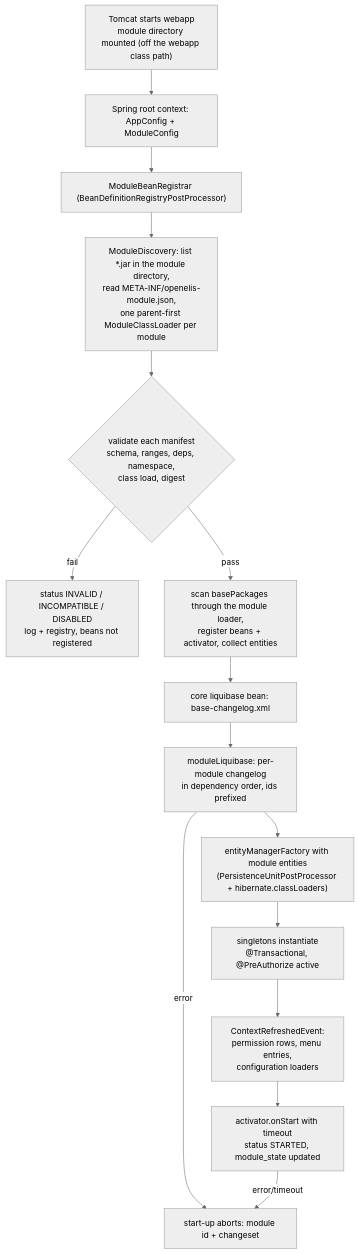
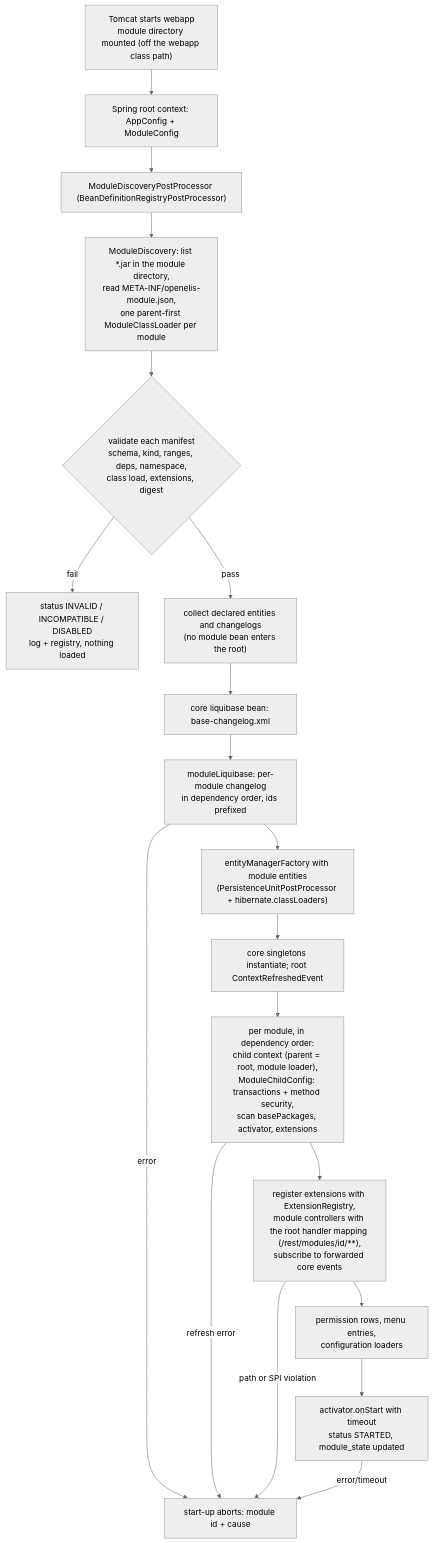
Before and after one commit to Agaba-derrick/OpenELIS-Global-2: the fourth of 8 diagrams in specs/plans/module-system-architecture.md, drawn with Mermaid (neutral theme). The commit also changed other lines of this file, not shown here.

First line of the commit message:
docs(architecture): reconcile the module system design with the modularization comparison (OGC-1577) (#4876)

````diff
--- a/specs/plans/module-system-architecture.md
+++ b/specs/plans/module-system-architecture.md
@@ -765,17 +978,21 @@
 ```mermaid
 flowchart TD
   A["Tomcat starts webapp<br/>module directory mounted (off the webapp class path)"] --> B["Spring root context: AppConfig + ModuleConfig"]
-  B --> C["ModuleBeanRegistrar (BeanDefinitionRegistryPostProcessor)"]
+  B --> C["ModuleDiscoveryPostProcessor (BeanDefinitionRegistryPostProcessor)"]
   C --> D["ModuleDiscovery: list *.jar in the module directory,<br/>read META-INF/openelis-module.json,<br/>one parent-first ModuleClassLoader per module"]
-  D --> E{"validate each manifest<br/>schema, ranges, deps, namespace,<br/>class load, digest"}
-  E -- fail --> F["status INVALID / INCOMPATIBLE / DISABLED<br/>log + registry, beans not registered"]
-  E -- pass --> G["scan basePackages through the module loader,<br/>register beans + activator, collect entities"]
+  D --> E{"validate each manifest<br/>schema, kind, ranges, deps, namespace,<br/>class load, extensions, digest"}
+  E -- fail --> F["status INVALID / INCOMPATIBLE / DISABLED<br/>log + registry, nothing loaded"]
+  E -- pass --> G["collect declared entities and changelogs<br/>(no module bean enters the root)"]
   G --> H["core liquibase bean: base-changelog.xml"]
   H --> I["moduleLiquibase: per-module changelog<br/>in dependency order, ids prefixed"]
-  I -- error --> X["start-up aborts: module id + changeset"]
+  I -- error --> X["start-up aborts: module id + cause"]
   I --> J["entityManagerFactory with module entities<br/>(PersistenceUnitPostProcessor + hibernate.classLoaders)"]
-  J --> K["singletons instantiate<br/>@Transactional, @PreAuthorize active"]
-  K --> L["ContextRefreshedEvent:<br/>permission rows, menu entries,<br/>configuration loaders"]
-  L --> M["activator.onStart with timeout<br/>status STARTED, module_state updated"]
+  J --> K["core singletons instantiate; root ContextRefreshedEvent"]
+  K --> L["per module, in dependency order:<br/>child context (parent = root, module loader),<br/>ModuleChildConfig: transactions + method security,<br/>scan basePackages, activator, extensions"]
+  L -- refresh error --> X
+  L --> N["register extensions with ExtensionRegistry,<br/>module controllers with the root handler mapping (/rest/modules/id/**),<br/>subscribe to forwarded core events"]
+  N -- path or SPI violation --> X
+  N --> O["permission rows, menu entries,<br/>configuration loaders"]
+  O --> M["activator.onStart with timeout<br/>status STARTED, module_state updated"]
   M -- error/timeout --> X
 ```
````
